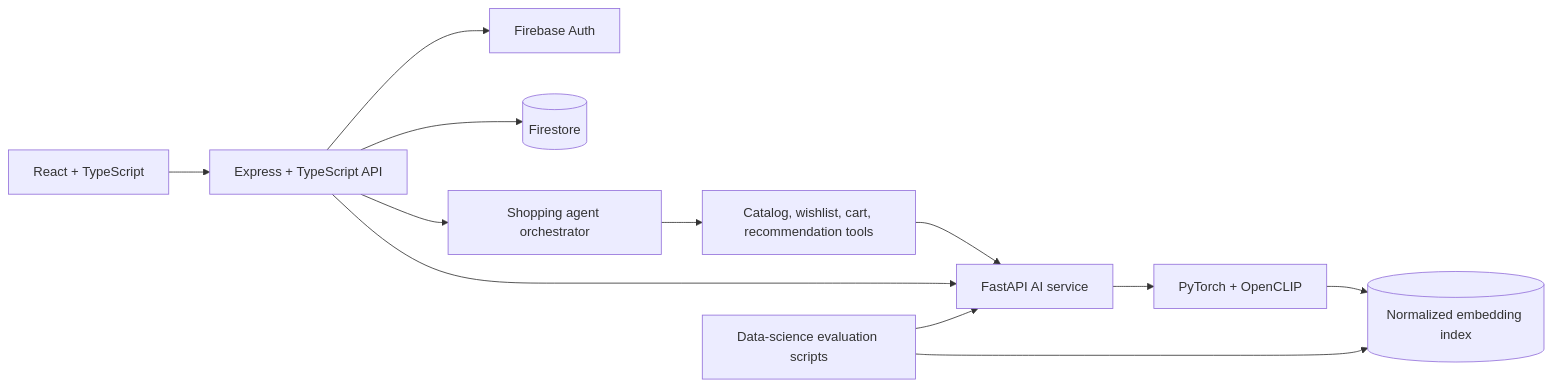
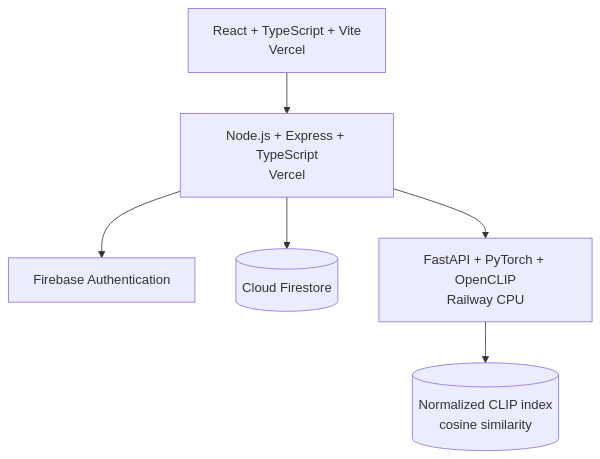
The diagram in README.md (maleeshadissanayaka/HEXSHOES), drawn with Mermaid before and after one commit. The commit also changed other lines of this file and 6 other files, not shown here.

````diff
--- a/README.md
+++ b/README.md
@@ -7,14 +28,8 @@
 ```mermaid
-flowchart LR
-  UI[React + TypeScript] --> API[Express + TypeScript API]
-  API --> AUTH[Firebase Auth]
-  API --> DB[(Firestore)]
-  API --> AGENT[Shopping agent orchestrator]
-  AGENT --> TOOLS[Catalog, wishlist, cart, recommendation tools]
-  TOOLS --> AI[FastAPI AI service]
-  API --> AI
-  AI --> CLIP[PyTorch + OpenCLIP]
-  CLIP --> INDEX[(Normalized embedding index)]
-  DS[Data-science evaluation scripts] --> AI
-  DS --> INDEX
+flowchart TD
+  UI[React + TypeScript + Vite<br/>Vercel] --> API[Node.js + Express + TypeScript<br/>Vercel]
+  API --> AUTH[Firebase Authentication]
+  API --> DB[(Cloud Firestore)]
+  API --> AI[FastAPI + PyTorch + OpenCLIP<br/>Railway CPU]
+  AI --> INDEX[(Normalized CLIP index<br/>cosine similarity)]
 ```
````
